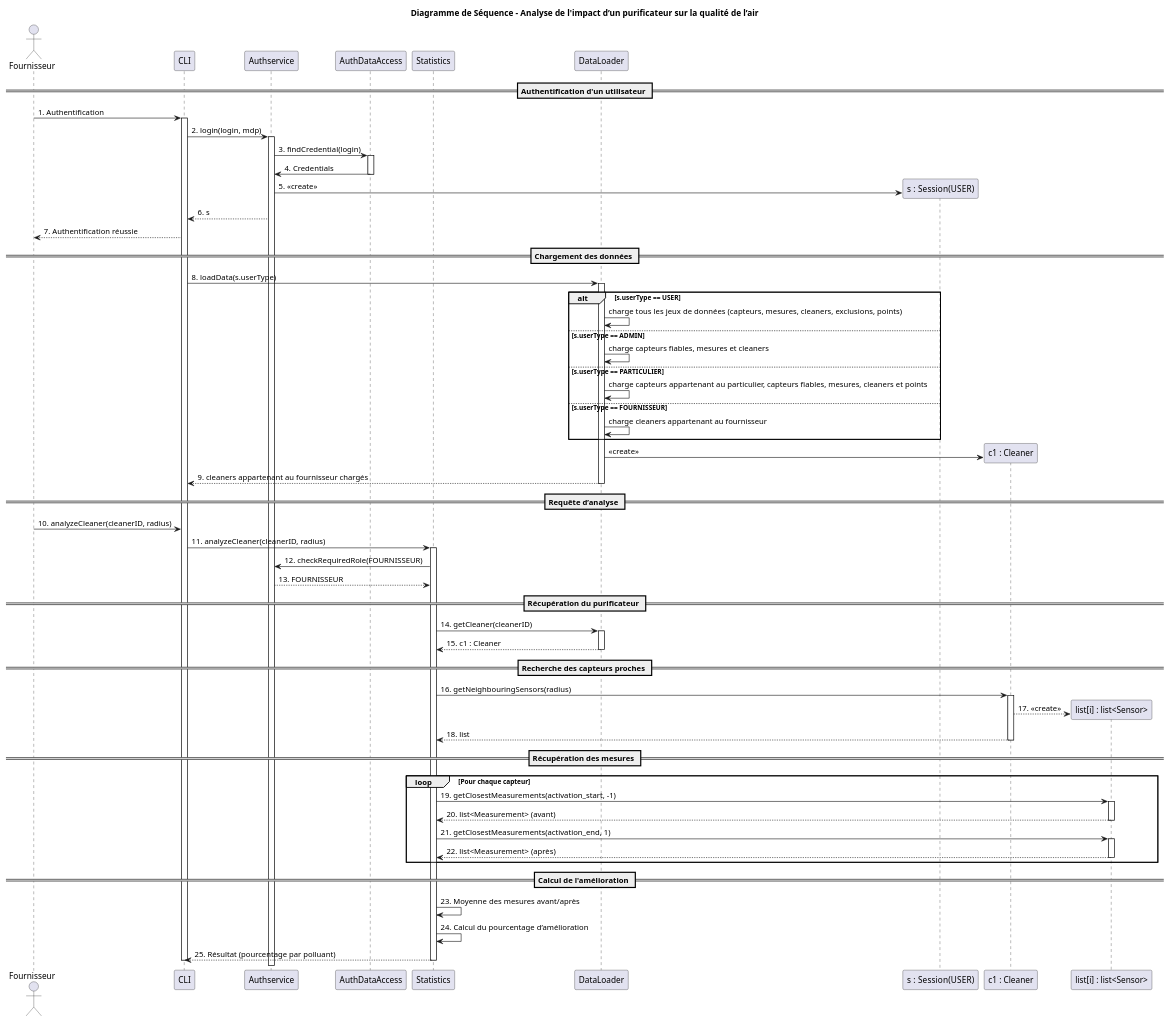
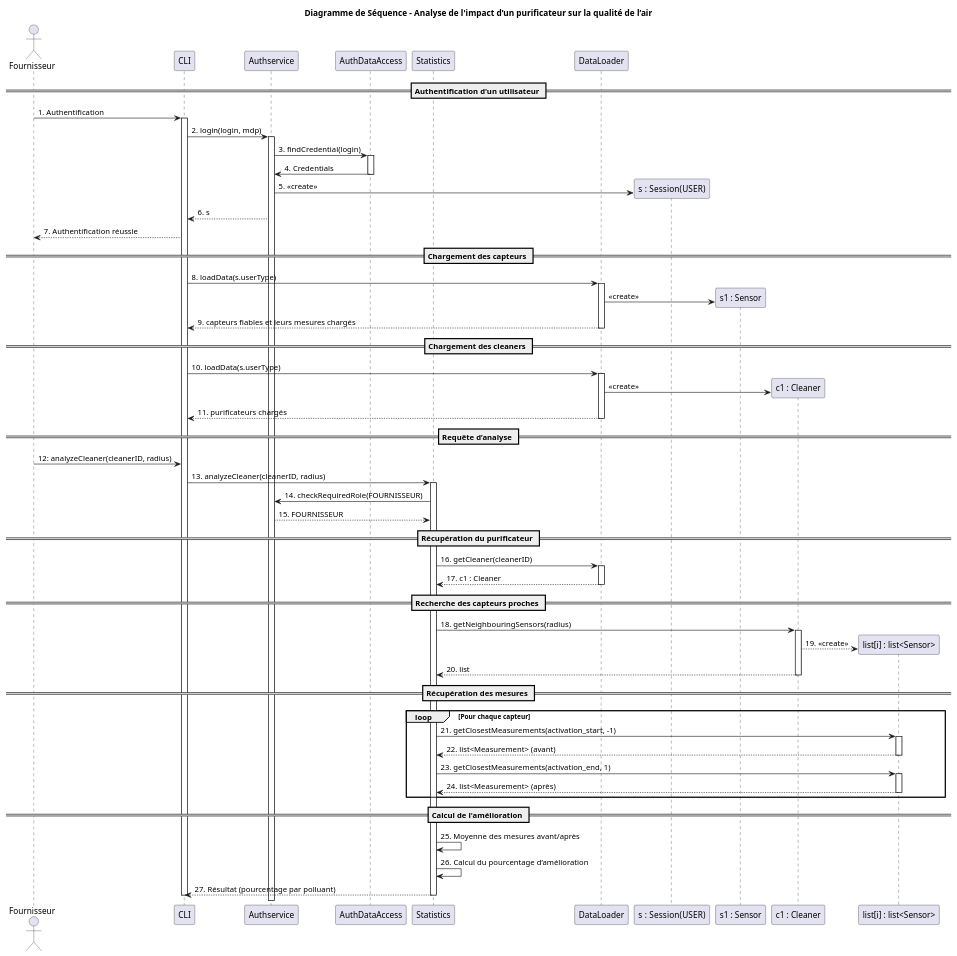
Before and after one commit to ldureuil/3IF_AirWatcher: the diagram in UML/DdS-fournisseur.puml, drawn with PlantUML. The commit also changed 13 other files, not shown here.

Commit message:
Mise-à-jour des diagrammes UML, modification du fichier des tests fonctionnels et création/relocalisation des données des tests fonctionnels

```diff
--- a/UML/DdS-fournisseur.puml
+++ b/UML/DdS-fournisseur.puml
@@ -1,90 +1,89 @@
 @startuml analyseCleaner
 title Diagramme de Séquence – Analyse de l'impact d’un purificateur sur la qualité de l’air
 
 actor "Fournisseur" as user
 
 participant "CLI" as cli
 
 participant "Authservice" as auth
 participant "AuthDataAccess" as authdata
 
 participant "Statistics" as service
 
 participant "DataLoader" as dl
 
 == Authentification d'un utilisateur ==
 user -> cli : 1. Authentification
 activate cli
 cli -> auth : 2. login(login, mdp)
 
     activate auth
         auth -> authdata : 3. findCredential(login)
 
         activate authdata
             authdata -> auth : 4. Credentials
         deactivate authdata
 
         create "s :  Session(USER)" as s
         auth -> s : 5. <<create>>
         auth --> cli : 6. s
         cli --> user : 7. Authentification réussie
 
-== Chargement des données ==
+== Chargement des capteurs ==
     cli -> dl  : 8. loadData(s.userType)
     activate dl
-    alt s.userType == USER
-        dl -> dl : charge tous les jeux de données  (capteurs, mesures, cleaners, exclusions, points)
-    else s.userType == ADMIN
-        dl -> dl : charge capteurs fiables, mesures et cleaners
-    else s.userType == PARTICULIER
-        dl -> dl : charge capteurs appartenant au particulier, capteurs fiables, mesures, cleaners et points
-    else s.userType == FOURNISSEUR
-        dl -> dl : charge cleaners appartenant au fournisseur
-    end
+    create "s1 : Sensor" as s1
+    dl -> s1 : <<create>>
+    dl --> cli  : 9. capteurs fiables et leurs mesures chargés
+    deactivate dl
+
+== Chargement des cleaners ==
+    cli -> dl  : 10. loadData(s.userType)
+    activate dl
     create "c1 : Cleaner" as c1
     dl -> c1 : <<create>>
-    dl --> cli  : 9. cleaners appartenant au fournisseur chargés
+    dl --> cli  : 11. purificateurs chargés
     deactivate dl
 
 == Requête d’analyse ==
-user -> cli : 10. analyzeCleaner(cleanerID, radius)
+user -> cli : 12: analyzeCleaner(cleanerID, radius)
 
-cli -> service : 11. analyzeCleaner(cleanerID, radius)
+cli -> service : 13. analyzeCleaner(cleanerID, radius)
 activate service
-    service -> auth : 12. checkRequiredRole(FOURNISSEUR)
-    auth --> service : 13. FOURNISSEUR
+    service -> auth : 14. checkRequiredRole(FOURNISSEUR)
+    auth --> service : 15. FOURNISSEUR
     == Récupération du purificateur ==
-    service -> dl : 14. getCleaner(cleanerID)
+    service -> dl : 16. getCleaner(cleanerID)
     activate dl
-        dl --> service : 15. c1 : Cleaner
+        dl --> service : 17. c1 : Cleaner
     deactivate dl
 
     == Recherche des capteurs proches ==
-    service -> c1 : 16. getNeighbouringSensors(radius)
+    service -> c1 : 18. getNeighbouringSensors(radius)
     activate c1
         create "list[i] : list<Sensor>" as list
-        c1 --> list : 17. <<create>>
-        c1 --> service : 18. list
+        c1 --> list : 19. <<create>>
+        c1 --> service : 20. list
     deactivate c1
 
     == Récupération des mesures ==
     loop Pour chaque capteur
-        service -> list : 19. getClosestMeasurements(activation_start, -1)
+        service -> list : 21. getClosestMeasurements(activation_start, -1)
         activate list
-            list --> service : 20. list<Measurement> (avant)
+            list --> service : 22. list<Measurement> (avant)
         deactivate list
-        service -> list : 21. getClosestMeasurements(activation_end, 1)
+        service -> list : 23. getClosestMeasurements(activation_end, 1)
         activate list
-            list --> service : 22. list<Measurement> (après)
+            list --> service : 24. list<Measurement> (après)
         deactivate list
     end
 
     == Calcul de l'amélioration ==
-    service -> service : 23. Moyenne des mesures avant/après
-    service -> service : 24. Calcul du pourcentage d’amélioration
+    service -> service : 25. Moyenne des mesures avant/après
+    service -> service : 26. Calcul du pourcentage d’amélioration
 
-    service --> cli : 25. Résultat (pourcentage par polluant)
+    service --> cli : 27. Résultat (pourcentage par polluant)
 deactivate service
 deactivate cli
 
 @enduml
```
